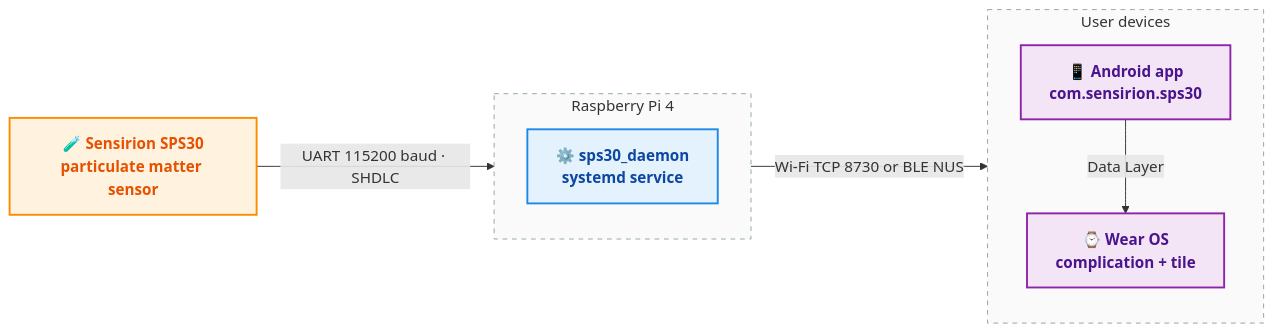
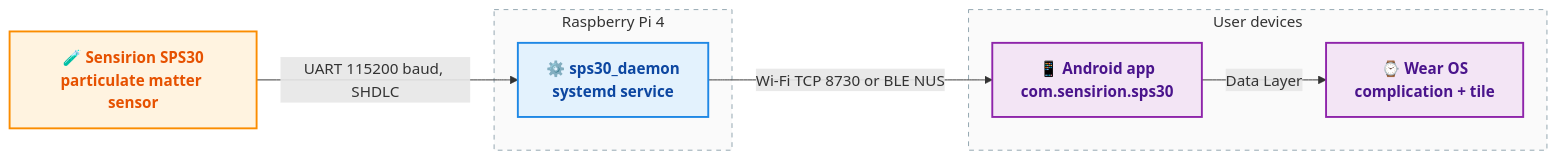
Before and after one commit to mlfisch3/sps30-pi: the diagram in README.md, drawn with Mermaid.

Commit message:
Fix mermaid rendering: flowchart keyword, drop inner direction, ASCII separators

````diff
--- a/README.md
+++ b/README.md
@@ -12,27 +12,24 @@
 ```mermaid
-graph LR
-    %% Theme
-    classDef sensor fill:#FFF3E0,stroke:#FB8C00,stroke-width:2px,color:#E65100,font-weight:bold;
-    classDef service fill:#E3F2FD,stroke:#1E88E5,stroke-width:2px,color:#0D47A1,font-weight:bold;
-    classDef client fill:#F3E5F5,stroke:#8E24AA,stroke-width:2px,color:#4A148C,font-weight:bold;
+flowchart LR
+    classDef sensor fill:#FFF3E0,stroke:#FB8C00,stroke-width:2px,color:#E65100,font-weight:bold
+    classDef service fill:#E3F2FD,stroke:#1E88E5,stroke-width:2px,color:#0D47A1,font-weight:bold
+    classDef client fill:#F3E5F5,stroke:#8E24AA,stroke-width:2px,color:#4A148C,font-weight:bold
 
     SPS30["🧪 Sensirion SPS30<br/>particulate matter sensor"]:::sensor
 
-    subgraph Pi [" Raspberry Pi 4 "]
-        direction TB
+    subgraph Pi ["Raspberry Pi 4"]
         Daemon["⚙️ sps30_daemon<br/>systemd service"]:::service
     end
 
-    subgraph User [" User devices "]
-        direction TB
+    subgraph User ["User devices"]
         App["📱 Android app<br/>com.sensirion.sps30"]:::client
         Watch["⌚ Wear OS<br/>complication + tile"]:::client
         App -->|Data Layer| Watch
     end
 
-    SPS30 -->|UART 115200 baud · SHDLC| Daemon
+    SPS30 -->|UART 115200 baud, SHDLC| Daemon
     Daemon -->|Wi-Fi TCP 8730 or BLE NUS| App
 
     style Pi fill:#FAFAFA,stroke:#90A4AE,stroke-width:1px,stroke-dasharray: 5 5
     style User fill:#FAFAFA,stroke:#90A4AE,stroke-width:1px,stroke-dasharray: 5 5
 ```
````
